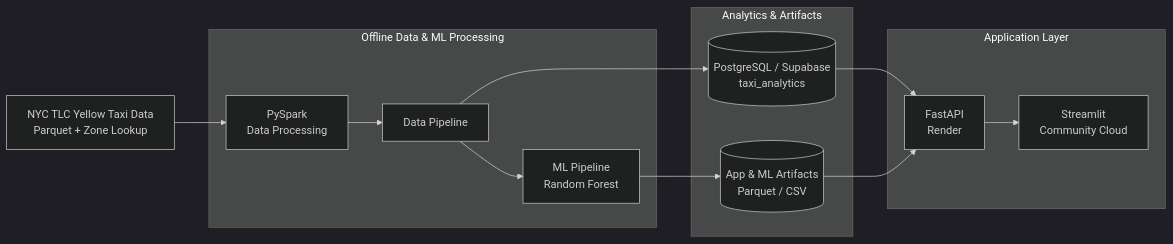
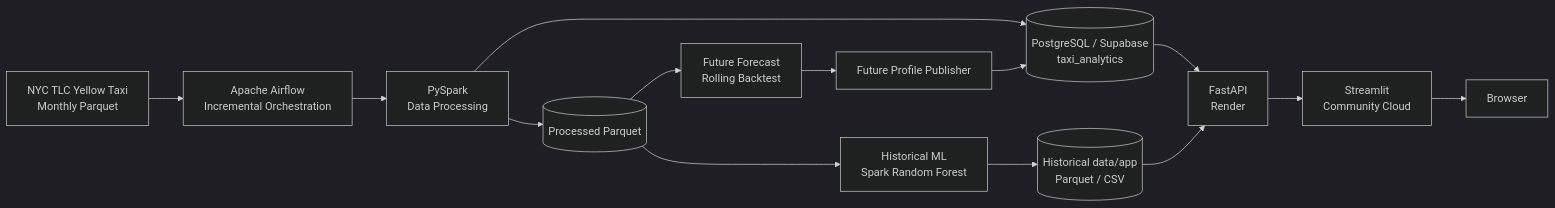
One commit to georgeballa7/NycTaxiDemandForecasting changed the first of 2 diagrams in README.md. Above: the diagram before and after it, drawn with Mermaid (dark theme). The commit also changed other lines of this file, not shown here.

Commit message:
Update README for incremental forecasting architecture

````diff
--- a/README.md
+++ b/README.md
@@ -21,29 +23,20 @@
 ```mermaid
 flowchart LR
-    A["NYC TLC Yellow Taxi Data<br/>Parquet + Zone Lookup"]
+    A["NYC TLC Yellow Taxi<br/>Monthly Parquet"] --> B["Apache Airflow<br/>Incremental Orchestration"]
+    B --> C["PySpark<br/>Data Processing"]
 
-    subgraph PROCESSING["Offline Data & ML Processing"]
-        B["PySpark<br/>Data Processing"]
-        C["Data Pipeline"]
-        D["ML Pipeline<br/>Random Forest"]
-        B --> C
-        C --> D
-    end
+    C --> D[("Processed Parquet")]
+    C --> E[("PostgreSQL / Supabase<br/>taxi_analytics")]
 
-    subgraph STORAGE["Analytics & Artifacts"]
-        E[("PostgreSQL / Supabase<br/>taxi_analytics")]
-        F[("App & ML Artifacts<br/>Parquet / CSV")]
-    end
+    D --> F["Historical ML<br/>Spark Random Forest"]
+    D --> G["Future Forecast<br/>Rolling Backtest"]
 
-    subgraph SERVING["Application Layer"]
-        G["FastAPI<br/>Render"]
-        H["Streamlit<br/>Community Cloud"]
-    end
+    F --> H[("Historical data/app<br/>Parquet / CSV")]
+    G --> I["Future Profile Publisher"]
+    I --> E
 
-    A --> B
-    C --> E
-    D --> F
-    E --> G
-    F --> G
-    G --> H
+    E --> J["FastAPI<br/>Render"]
+    H --> J
+    J --> K["Streamlit<br/>Community Cloud"]
+    K --> L["Browser"]
 ```
````
